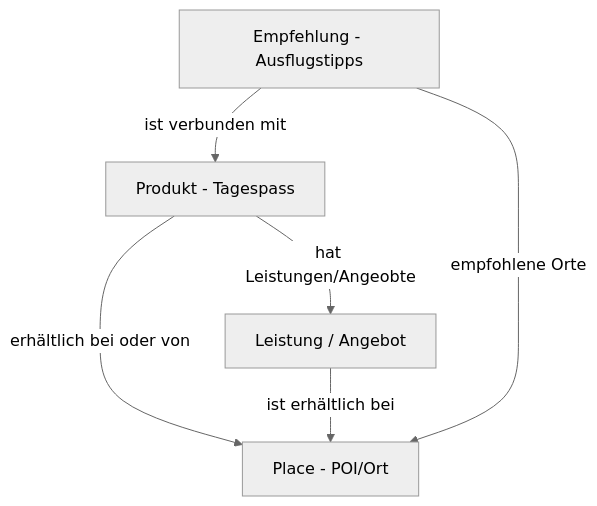
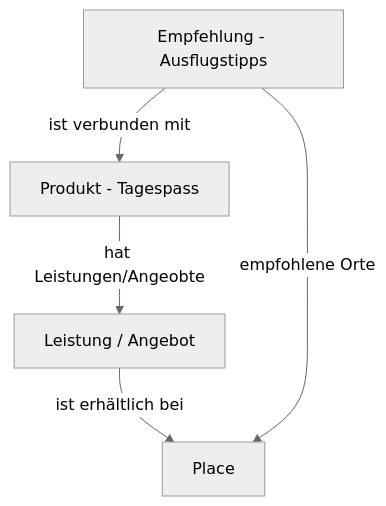
The first of 3 diagrams in docs/dev/projects/glarnerlandApp.md (tsolenthaler/docs.contentdesk.io), drawn with Mermaid (neutral theme) before and after one commit. The commit also changed other lines of this file, not shown here.

Commit message:
Refactor schema and update relationships in glarnerlandApp.md

````diff
--- a/docs/dev/projects/glarnerlandApp.md
+++ b/docs/dev/projects/glarnerlandApp.md
@@ -12,11 +12,11 @@
 ``` mermaid
 graph TD
-    Product[Produkt - Tagespass]-->|erhältlich bei oder von|Place[Place - POI/Ort]
+    Product[Produkt - Tagespass]
     Product -->|hat Leistungen/Angeobte|Offer
     Offer[Leistung / Angebot]
     Offer -->|ist erhältlich bei|Place
 
     Recommendation[Empfehlung - Ausflugstipps] -->|empfohlene Orte|Place
     Recommendation -->|ist verbunden mit|Product
     
 ```
````
